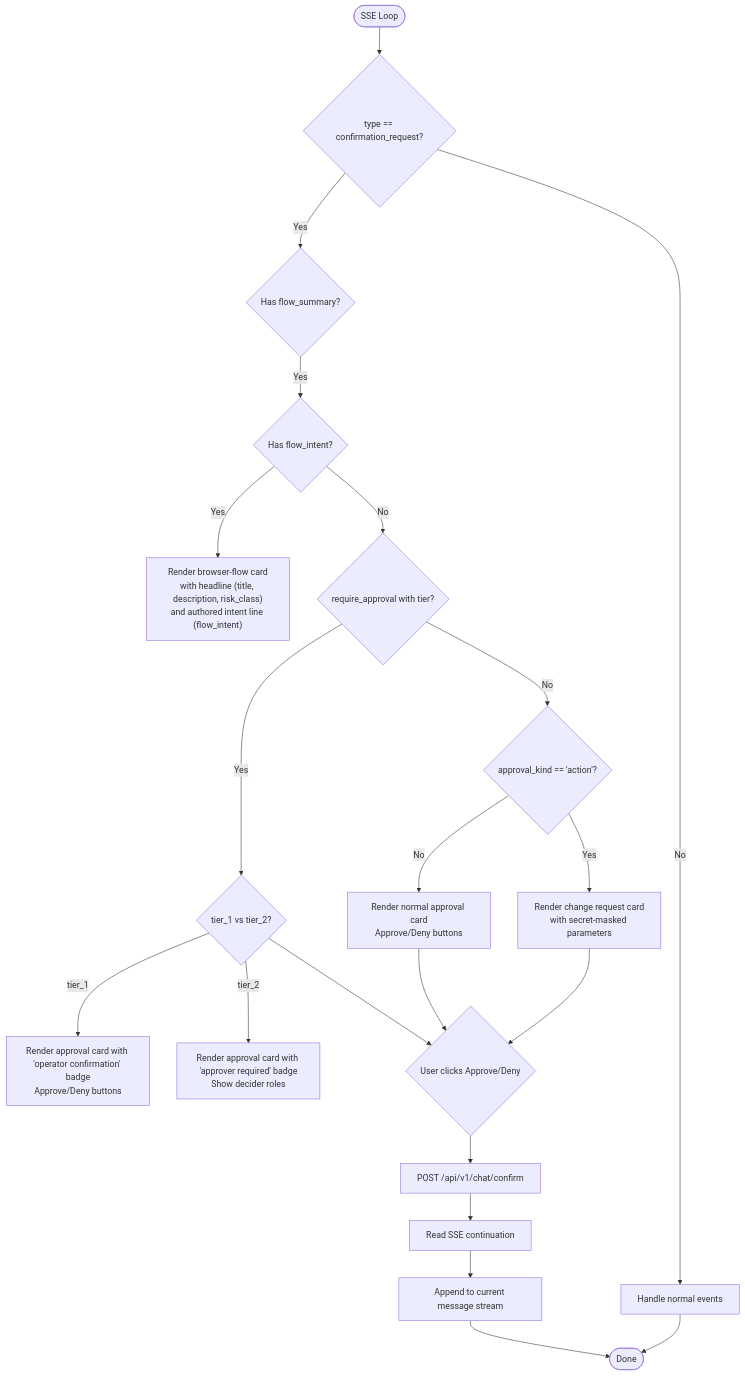
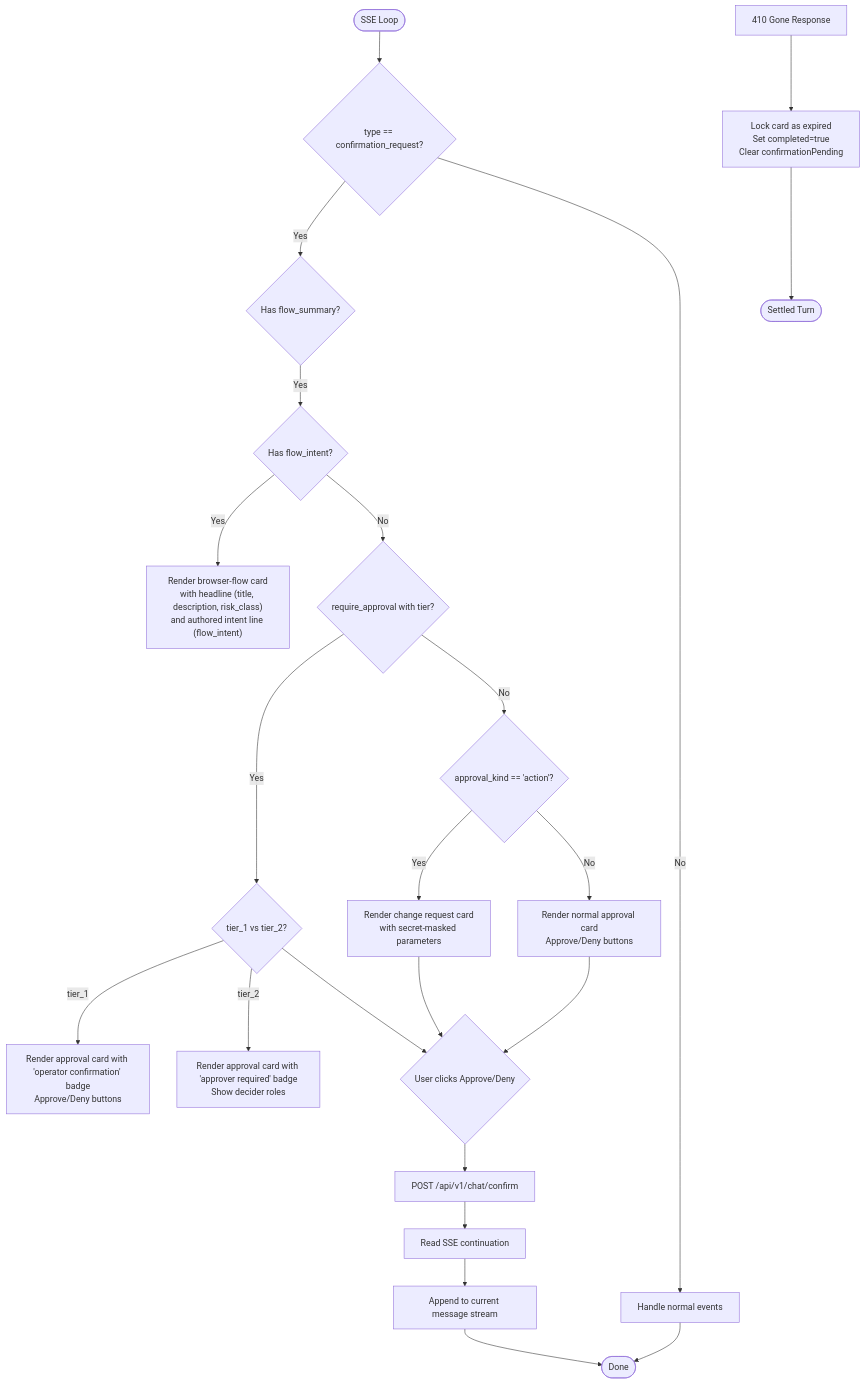
Before and after one commit to metasync/luban-aiops: diagram 14 of 15 in .qoder/repowiki/en/content/Agent Platform Service/HITL Confirmation Bridging (SPEC-020).md, drawn with Mermaid. The commit also changed other lines of this file and 47 other files, not shown here.

````diff
--- a/.qoder/repowiki/en/content/Agent Platform Service/HITL Confirmation Bridging (SPEC-020).md
+++ b/.qoder/repowiki/en/content/Agent Platform Service/HITL Confirmation Bridging (SPEC-020).md
@@ -802,23 +829,25 @@
 ```mermaid
 flowchart TD
 S(["SSE Loop"]) --> Type{"type == confirmation_request?"}
 Type -- Yes --> CheckFlow{"Has flow_summary?"}
 CheckFlow -- Yes --> CheckIntent{"Has flow_intent?"}
 CheckIntent -- Yes --> RenderFlowCard["Render browser-flow card<br/>with headline (title, description, risk_class)<br/>and authored intent line (flow_intent)"]
 CheckIntent -- No --> CheckTier{"require_approval with tier?"}
 CheckTier -- Yes --> CheckTierType{"tier_1 vs tier_2?"}
 CheckTierType -- tier_1 --> RenderTier1Card["Render approval card with 'operator confirmation' badge<br/>Approve/Deny buttons"]
 CheckTierType -- tier_2 --> RenderTier2Card["Render approval card with 'approver required' badge<br/>Show decider roles"]
 CheckTierType --> Decision{"User clicks Approve/Deny"}
 CheckTier -- No --> CheckKind{"approval_kind == 'action'?"}
 CheckKind -- Yes --> RenderChangeRequest["Render change request card<br/>with secret-masked parameters"]
 CheckKind -- No --> RenderNormalCard["Render normal approval card<br/>Approve/Deny buttons"]
 RenderNormalCard --> Decision
 RenderChangeRequest --> Decision
 Decision --> Post["POST /api/v1/chat/confirm"]
 Post --> Stream["Read SSE continuation"]
 Stream --> Append["Append to current message stream"]
 Type -- No --> Normal["Handle normal events"]
 Append --> Done(["Done"])
 Normal --> Done
+Error410["410 Gone Response"] --> LockCard["Lock card as expired<br/>Set completed=true<br/>Clear confirmationPending"]
+LockCard --> Settled(["Settled Turn"])
 ```
````
